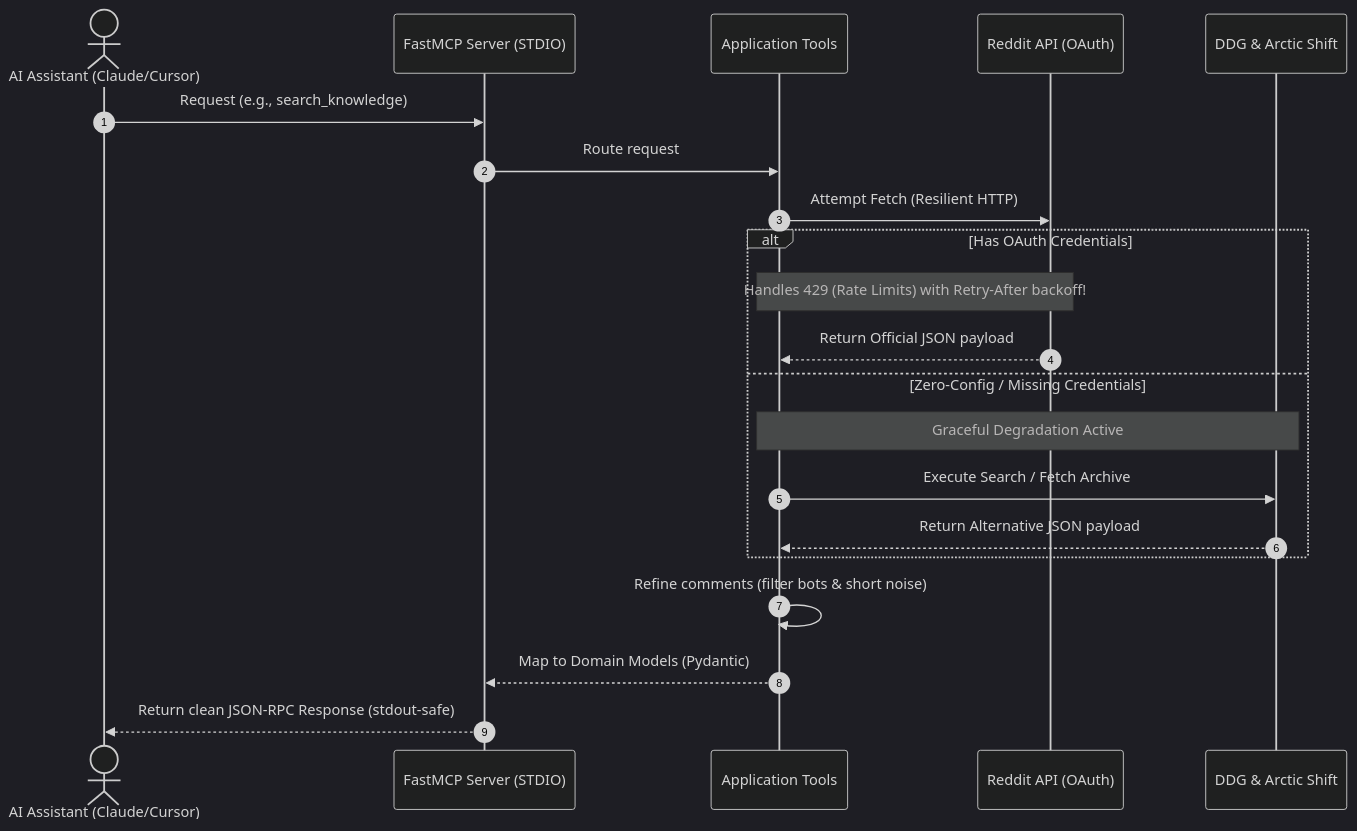
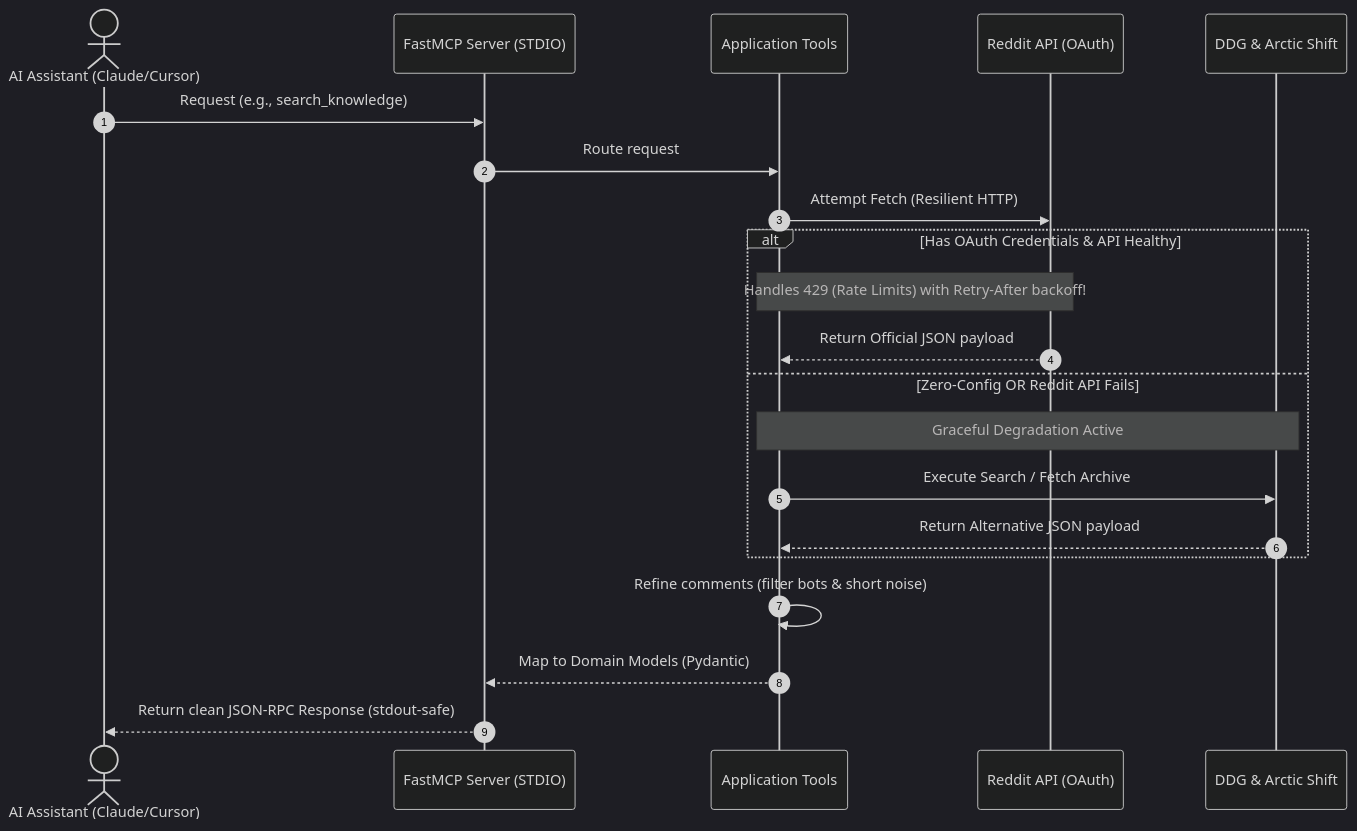
Before and after one commit to brianluby/reddit-mcp-server: the diagram in README.md, drawn with Mermaid (dark theme). The commit also changed other lines of this file, not shown here.

Commit message:
docs: add available tools table and update fallback diagram

````diff
--- a/README.md
+++ b/README.md
@@ -18,24 +18,24 @@
 ```mermaid
 sequenceDiagram
     autonumber
     actor AI as AI Assistant (Claude/Cursor)
     participant MCP as FastMCP Server (STDIO)
     participant Tools as Application Tools
     participant Reddit as Reddit API (OAuth)
     participant Fallback as DDG & Arctic Shift
 
     AI->>MCP: Request (e.g., search_knowledge)
     MCP->>Tools: Route request
     Tools->>Reddit: Attempt Fetch (Resilient HTTP)
-    alt Has OAuth Credentials
+    alt Has OAuth Credentials & API Healthy
         Note over Reddit,Tools: Handles 429 (Rate Limits) with Retry-After backoff!
         Reddit-->>Tools: Return Official JSON payload
-    else Zero-Config / Missing Credentials
+    else Zero-Config OR Reddit API Fails
         Note over Tools,Fallback: Graceful Degradation Active
         Tools->>Fallback: Execute Search / Fetch Archive
         Fallback-->>Tools: Return Alternative JSON payload
     end
     Tools->>Tools: Refine comments (filter bots & short noise)
     Tools-->>MCP: Map to Domain Models (Pydantic)
     MCP-->>AI: Return clean JSON-RPC Response (stdout-safe)
 ```
````
